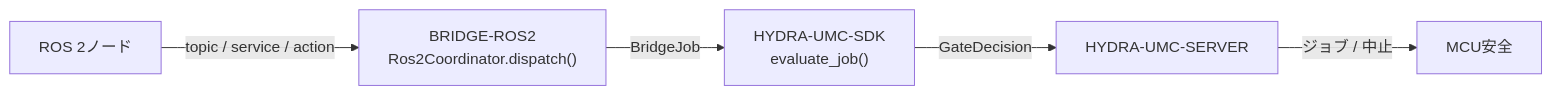
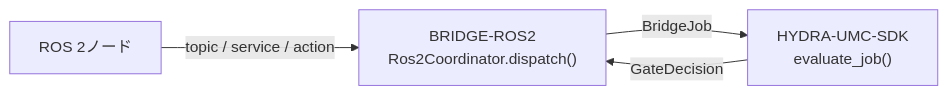
One commit to JuanenRac/HYDRA-UMC-BRIDGE-ROS2 changed the diagram in README_jpn.md. Above: the diagram before and after it, drawn with Mermaid. The commit also changed other lines of this file and 19 other files, not shown here.

````diff
--- a/README_jpn.md
+++ b/README_jpn.md
@@ -49,7 +50,6 @@
 ```mermaid
 flowchart LR
     ROS["ROS 2ノード"] -- "topic / service / action" --> BRIDGE["BRIDGE-ROS2<br/>Ros2Coordinator.dispatch()"]
     BRIDGE -- BridgeJob --> SDK["HYDRA-UMC-SDK<br/>evaluate_job()"]
-    SDK -- GateDecision --> SERVER["HYDRA-UMC-SERVER"]
-    SERVER -- "ジョブ / 中止" --> MCU["MCU安全"]
+    SDK -- GateDecision --> BRIDGE
 ```
````
